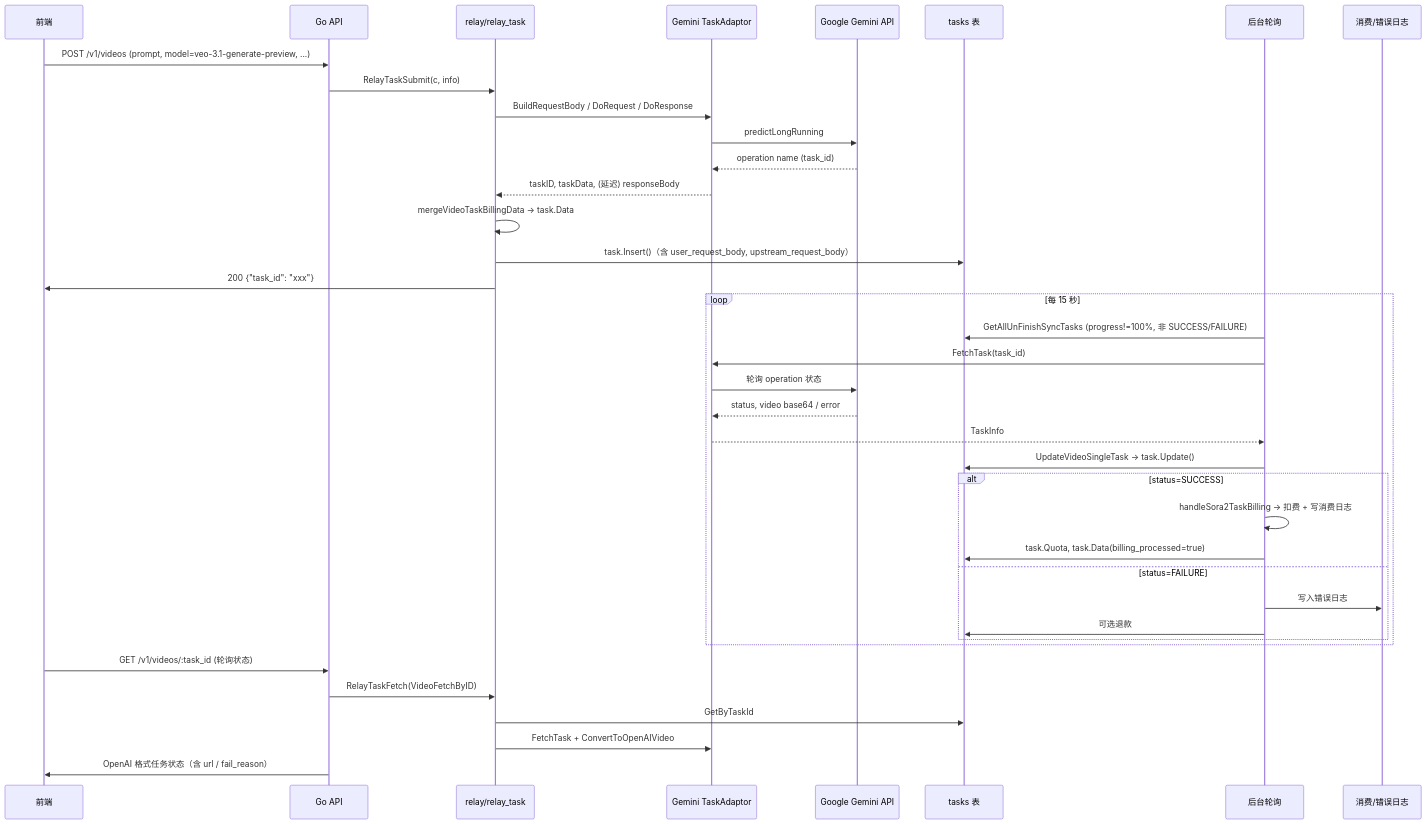
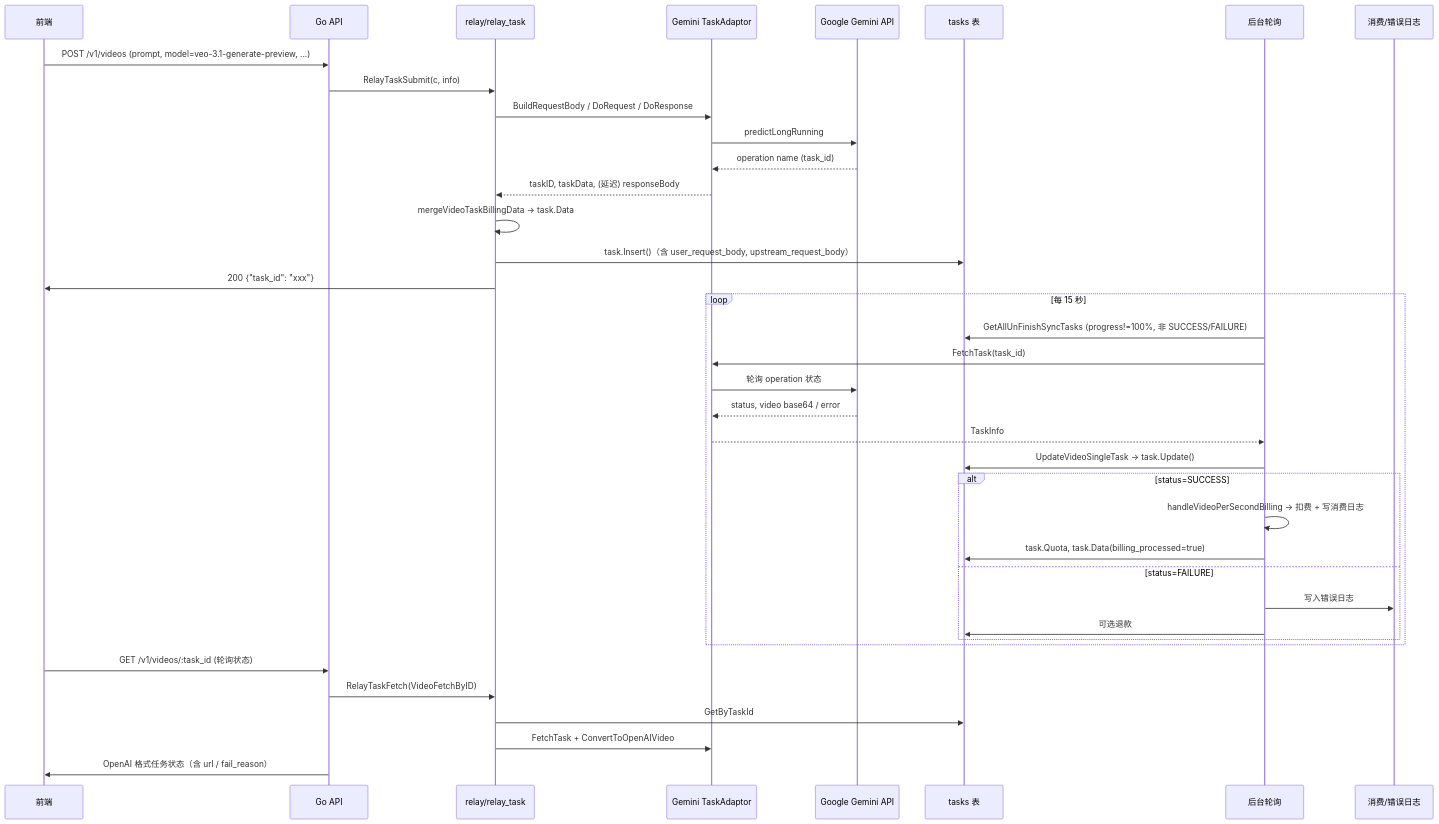
The diagram in docs/gemini-veo-video-flow.md (GravitexAI/gravitex-api), drawn with Mermaid before and after one commit. The commit also changed other lines of this file and 7 other files, not shown here.

Commit message:
feat:chz 视频按秒计费日志新增分辨率/音频维度落库,handleSora2TaskBilling 重命名为 handleVideoPerSecondBilling

````diff
--- a/docs/gemini-veo-video-flow.md
+++ b/docs/gemini-veo-video-flow.md
@@ -9,43 +9,43 @@
 ```mermaid
 sequenceDiagram
     participant FE as 前端
     participant API as Go API
     participant Relay as relay/relay_task
     participant Adaptor as Gemini TaskAdaptor
     participant Upstream as Google Gemini API
     participant DB as tasks 表
     participant Poll as 后台轮询
     participant LogDB as 消费/错误日志
 
     FE->>API: POST /v1/videos (prompt, model=veo-3.1-generate-preview, ...)
     API->>Relay: RelayTaskSubmit(c, info)
     Relay->>Adaptor: BuildRequestBody / DoRequest / DoResponse
     Adaptor->>Upstream: predictLongRunning
     Upstream-->>Adaptor: operation name (task_id)
     Adaptor-->>Relay: taskID, taskData, (延迟) responseBody
     Relay->>Relay: mergeVideoTaskBillingData → task.Data
     Relay->>DB: task.Insert()（含 user_request_body, upstream_request_body）
     Relay->>FE: 200 {"task_id": "xxx"}
 
     loop 每 15 秒
         Poll->>DB: GetAllUnFinishSyncTasks (progress!=100%, 非 SUCCESS/FAILURE)
         Poll->>Adaptor: FetchTask(task_id)
         Adaptor->>Upstream: 轮询 operation 状态
         Upstream-->>Adaptor: status, video base64 / error
         Adaptor-->>Poll: TaskInfo
         Poll->>DB: UpdateVideoSingleTask → task.Update()
         alt status=SUCCESS
-            Poll->>Poll: handleSora2TaskBilling → 扣费 + 写消费日志
+            Poll->>Poll: handleVideoPerSecondBilling → 扣费 + 写消费日志
             Poll->>DB: task.Quota, task.Data(billing_processed=true)
         else status=FAILURE
             Poll->>LogDB: 写入错误日志
             Poll->>DB: 可选退款
         end
     end
 
     FE->>API: GET /v1/videos/:task_id (轮询状态)
     API->>Relay: RelayTaskFetch(VideoFetchByID)
     Relay->>DB: GetByTaskId
     Relay->>Adaptor: FetchTask + ConvertToOpenAIVideo
     API->>FE: OpenAI 格式任务状态（含 url / fail_reason）
 ```
````
